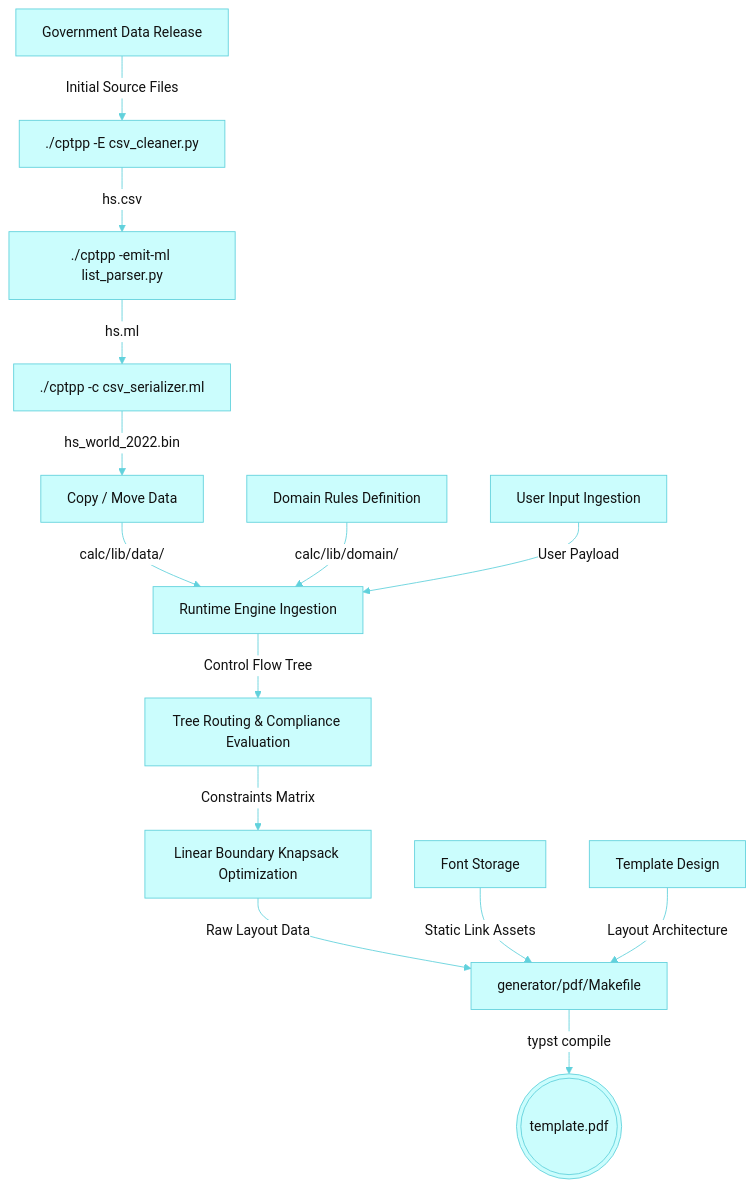
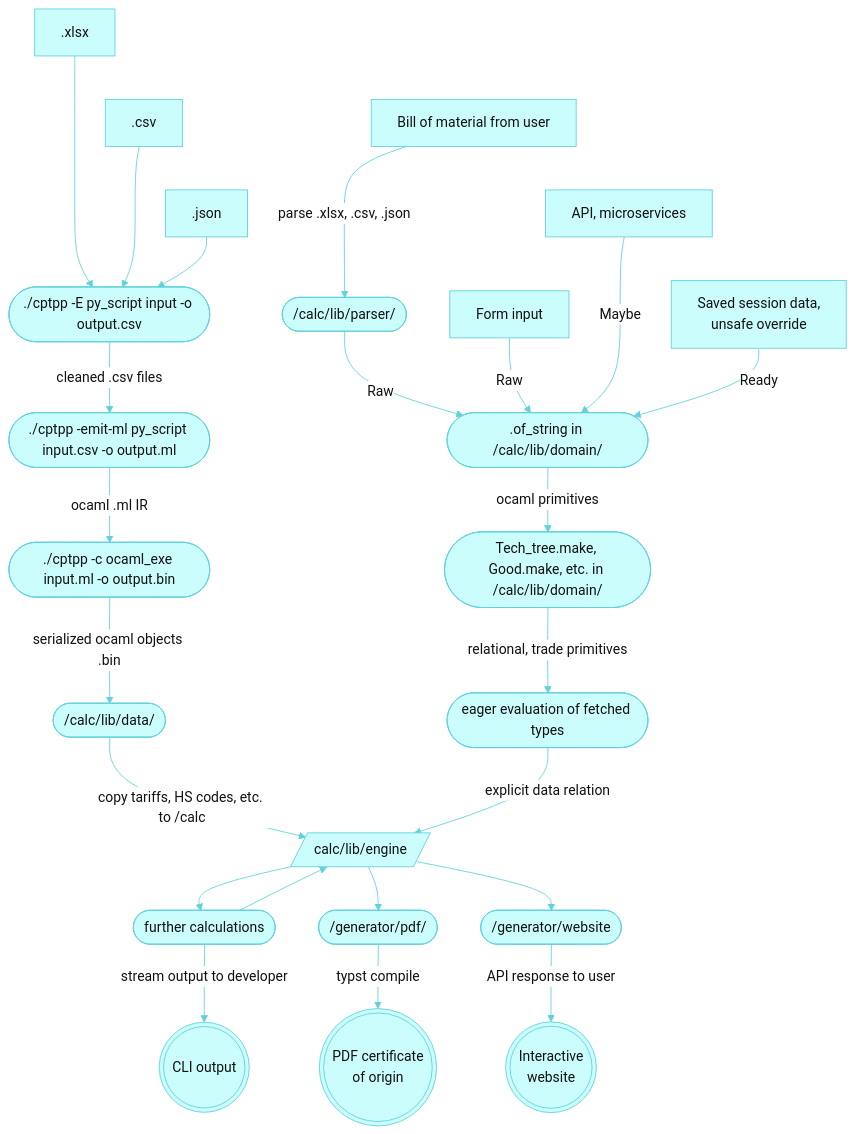
Before and after one commit to nguyenhoangan-monkey/cptpp-calculator: the diagram in README.md, drawn with Mermaid. The commit also changed other lines of this file, not shown here.

Commit message:
Add flowchart

````diff
--- a/README.md
+++ b/README.md
@@ -26,34 +27,53 @@
 ```mermaid
-%%{init: { 
+%%{init: {
   'theme': 'base', 
   'themeVariables': {
     'background': '#CBFDFD',
     'primaryColor': '#CBFDFD',
     'primaryTextColor': '#111111',
     'lineColor': '#61D1DC',
     'edgeLabelBackground': '#ffffff',
     'subgraphBackground': '#CBFDFD',
     'subgraphBorderColor': '#61D1DC',
     'clusterBkg': '#CBFDFD',
     'clusterBorder': '#61D1DC',
     'nodeBorder': '#61D1DC'
   } 
 }}%%
 graph TD
-        Data_Ingress[Government Data Release] -->|Initial Source Files| Step_1
-        Step_1[./cptpp -E csv_cleaner.py] -->|hs.csv| Step_2[./cptpp -emit-ml list_parser.py]
-        Step_2 -->|hs.ml| Step_3[./cptpp -c csv_serializer.ml]
-        Step_3 -->|hs_world_2022.bin| Step_4[Copy / Move Data]
+    XLSX_Ingress ~~~ CSV_Ingress ~~~ JSON_Ingress
+    XLSX_Ingress[.xlsx]
+    CSV_Ingress[.csv]
+    JSON_Ingress[.json]
 
-        Step_4 -->|calc/lib/data/| Step_5[Runtime Engine Ingestion]
-        Domain[Domain Rules Definition] -->|calc/lib/domain/| Step_5
-        Payload[User Input Ingestion] -->|User Payload| Step_5
-        
-        Step_5 -->|Control Flow Tree| Step_6[Tree Routing & Compliance Evaluation]
-        Step_6 -->|Constraints Matrix| Step_7[Linear Boundary Knapsack Optimization]
-        Step_7 -->|Raw Layout Data| Step_8[generator/pdf/Makefile]
-        Fonts[Font Storage] -->|Static Link Assets| Step_8
-        Template[Template Design] -->|Layout Architecture| Step_8
-        
-        Step_8 -->|typst compile| End_Product(((template.pdf)))
+    XLSX_Ingress --> Step_1([./cptpp -E py_script input -o output.csv])
+    CSV_Ingress  --> Step_1
+    JSON_Ingress --> Step_1
+    
+    Step_1 -->|cleaned .csv files| Step_2([./cptpp -emit-ml py_script input.csv -o output.ml])
+    Step_2 -->|ocaml .ml IR| Step_3([./cptpp -c ocaml_exe input.ml -o output.bin])
+    Step_3 -->|serialized ocaml objects .bin| Step_4([/calc/lib/data/])
+
+    User ~~~ Payload ~~~ Override
+    User[Bill of material from user] -->|parse .xlsx, .csv, .json| Processing([/calc/lib/parser/])
+    Processing -->|Raw| Inter_Step1([.of_string in /calc/lib/domain/])
+    Forminput[Form input] -->|Raw| Inter_Step1
+    Payload[API, microservices] -->|Maybe| Inter_Step1
+    Override[Saved session data,<br>unsafe override] -->|Ready| Inter_Step1
+
+    Inter_Step1 -->|ocaml primitives| Inter_Step2([Tech_tree.make, Good.make, etc. in /calc/lib/domain/])
+    Inter_Step2 -->|relational, trade primitives| Domain([eager evaluation of fetched types])
+
+    Step_4 -->|copy tariffs, HS codes, etc. to /calc| Step_5[/calc/lib/engine/]
+    Domain -->|explicit data relation| Step_5
+    
+    Step_5 --> Step_6A([further calculations])
+    Step_6A --> Step_5
+    Step_6A -->|stream output to developer| CLI_Product(((CLI output)))
+
+    Step_5 --> Step_6B([/generator/pdf/])
+    Step_6B -->|typst compile| PDF_Product(((PDF certificate<br>of origin)))
+
+    Step_5 --> Step_6C([/generator/website])
+    Step_6C -->|API response to user| Web_Product(((Interactive<br>website)))
 ```
````
